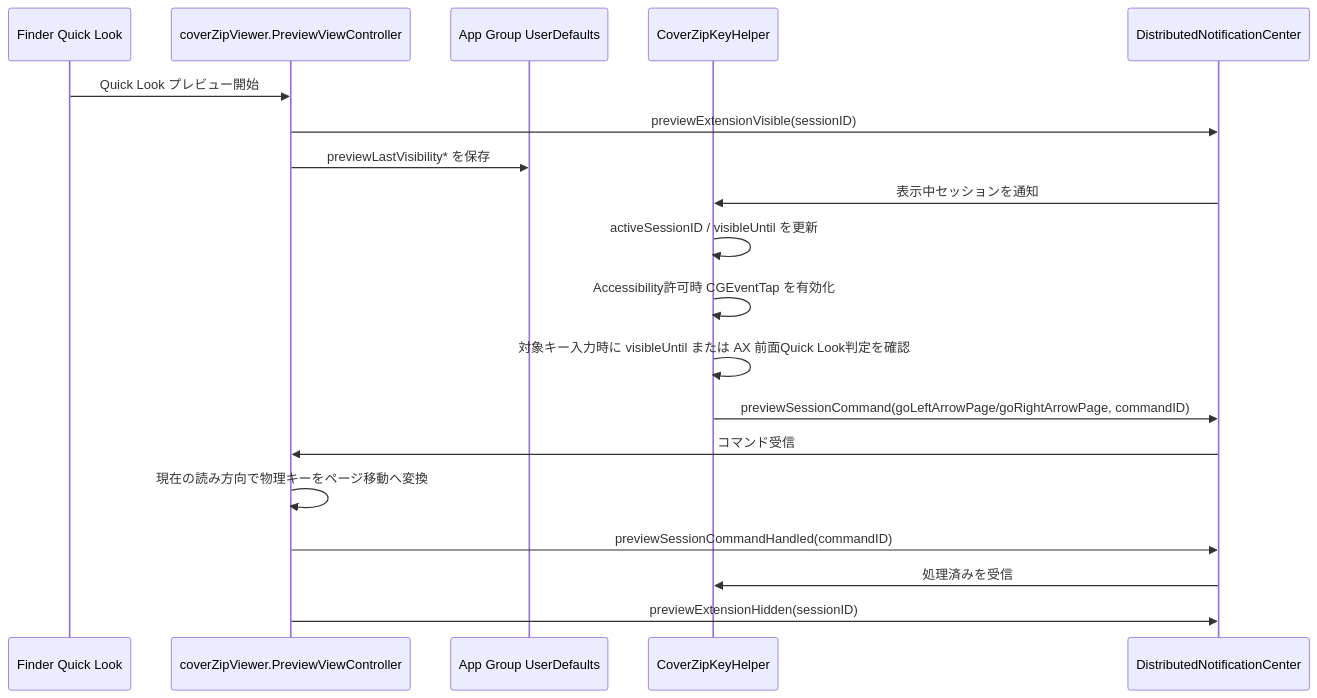
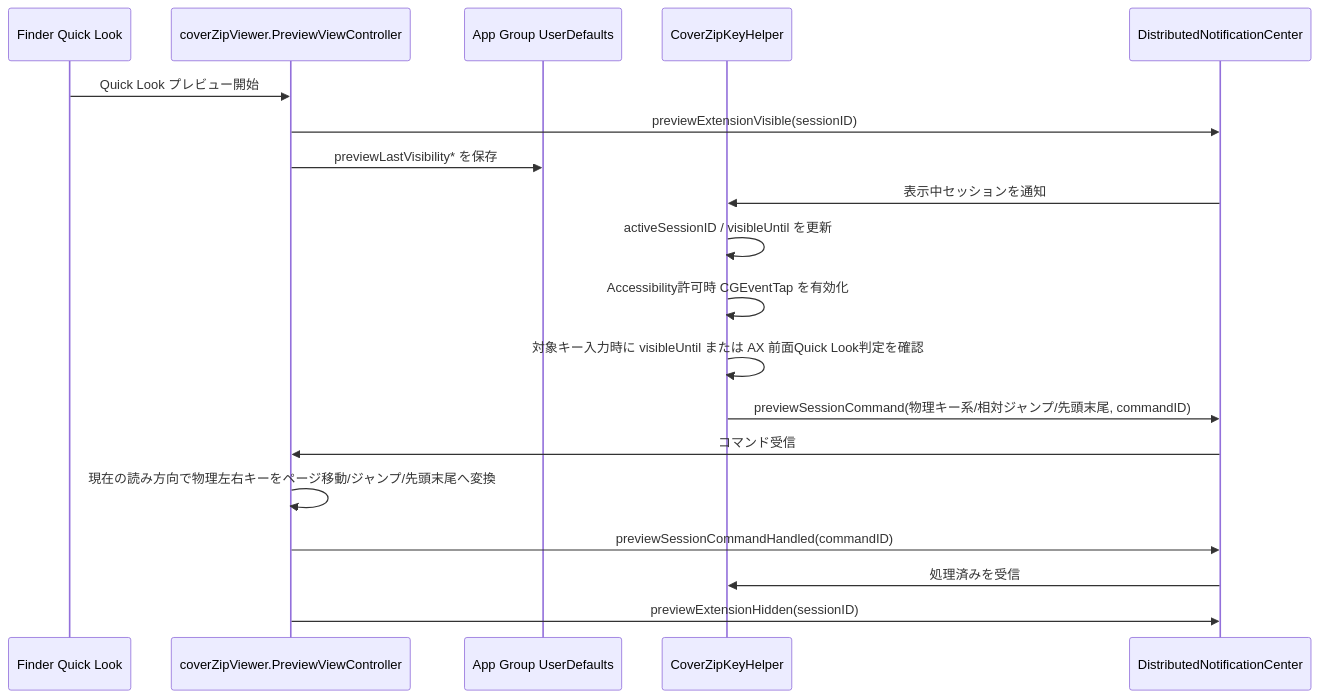
One commit to Nihondo/CoverZip changed the fourth of 6 diagrams in flow.md. Above: the diagram before and after it, drawn with Mermaid. The commit also changed other lines of this file and 8 other files, not shown here.

````diff
--- a/flow.md
+++ b/flow.md
@@ -115,22 +115,22 @@
 ```mermaid
 sequenceDiagram
     participant Finder as Finder Quick Look
     participant Preview as coverZipViewer.PreviewViewController
     participant Defaults as App Group UserDefaults
     participant Key as CoverZipKeyHelper
     participant DNC as DistributedNotificationCenter
 
     Finder->>Preview: Quick Look プレビュー開始
     Preview->>DNC: previewExtensionVisible(sessionID)
     Preview->>Defaults: previewLastVisibility* を保存
     DNC->>Key: 表示中セッションを通知
     Key->>Key: activeSessionID / visibleUntil を更新
     Key->>Key: Accessibility許可時 CGEventTap を有効化
     Key->>Key: 対象キー入力時に visibleUntil または AX 前面Quick Look判定を確認
-    Key->>DNC: previewSessionCommand(goLeftArrowPage/goRightArrowPage, commandID)
+    Key->>DNC: previewSessionCommand(物理キー系/相対ジャンプ/先頭末尾, commandID)
     DNC->>Preview: コマンド受信
-    Preview->>Preview: 現在の読み方向で物理キーをページ移動へ変換
+    Preview->>Preview: 現在の読み方向で物理左右キーをページ移動/ジャンプ/先頭末尾へ変換
     Preview->>DNC: previewSessionCommandHandled(commandID)
     DNC->>Key: 処理済みを受信
     Preview->>DNC: previewExtensionHidden(sessionID)
 ```
````
